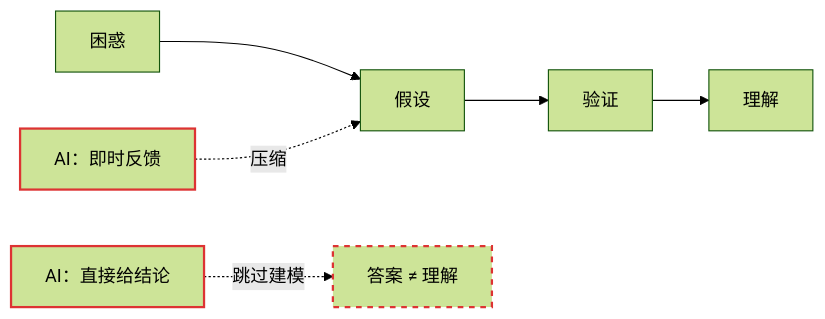
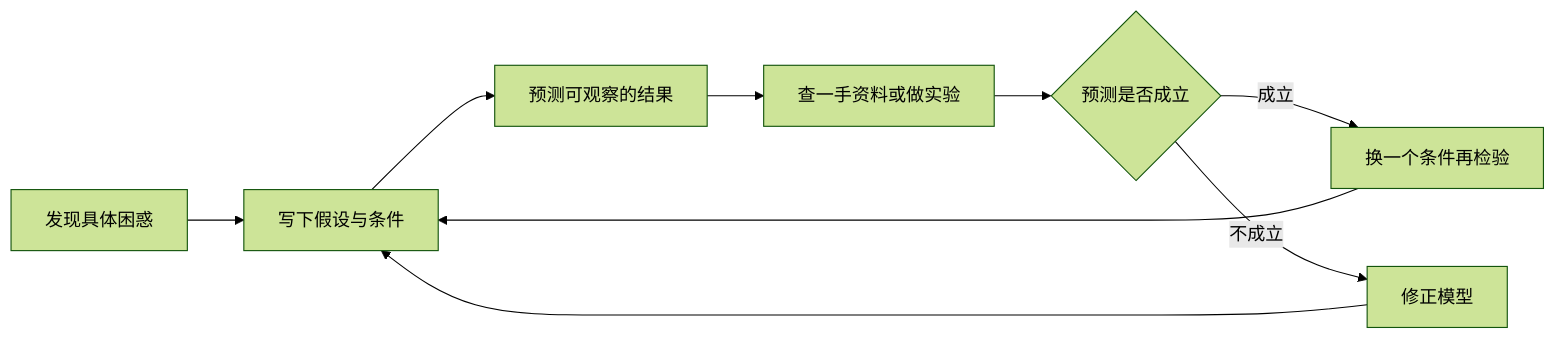
One commit to oh-my-vibe-coding/ai-reliability-architecture changed the diagram in 理念/03-学习能力才是新的护城河.md. Above: the diagram before and after it, drawn with Mermaid (forest theme). The commit also changed other lines of this file and 67 other files, not shown here.

````diff
--- a/理念/03-学习能力才是新的护城河.md
+++ b/理念/03-学习能力才是新的护城河.md
@@ -41,13 +39,11 @@
 ```mermaid
 flowchart LR
-    C[困惑] --> H[假设]
-    H --> V[验证]
-    V --> U[理解]
-
-    AI1[AI：直接给结论] -.跳过建模.-> U2["答案 ≠ 理解"]
-    AI2[AI：即时反馈] -.压缩.-> H
-
-    style AI1 stroke:#d33,stroke-width:2px
-    style AI2 stroke:#d33,stroke-width:2px
-    style U2 stroke:#d33,stroke-width:2px,stroke-dasharray: 5 5
+    Q[发现具体困惑] --> H[写下假设与条件]
+    H --> P[预测可观察的结果]
+    P --> V[查一手资料或做实验]
+    V --> C{预测是否成立}
+    C -->|成立| T[换一个条件再检验]
+    C -->|不成立| R[修正模型]
+    R --> H
+    T --> H
 ```
````
